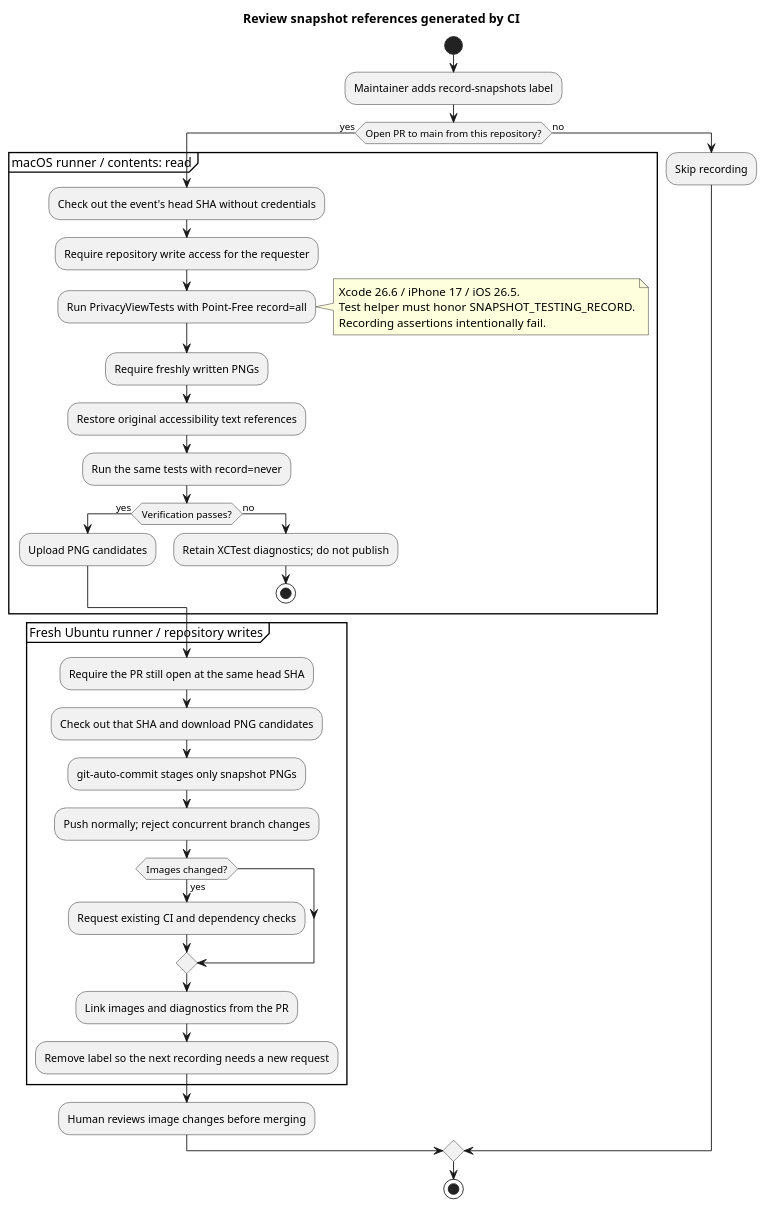
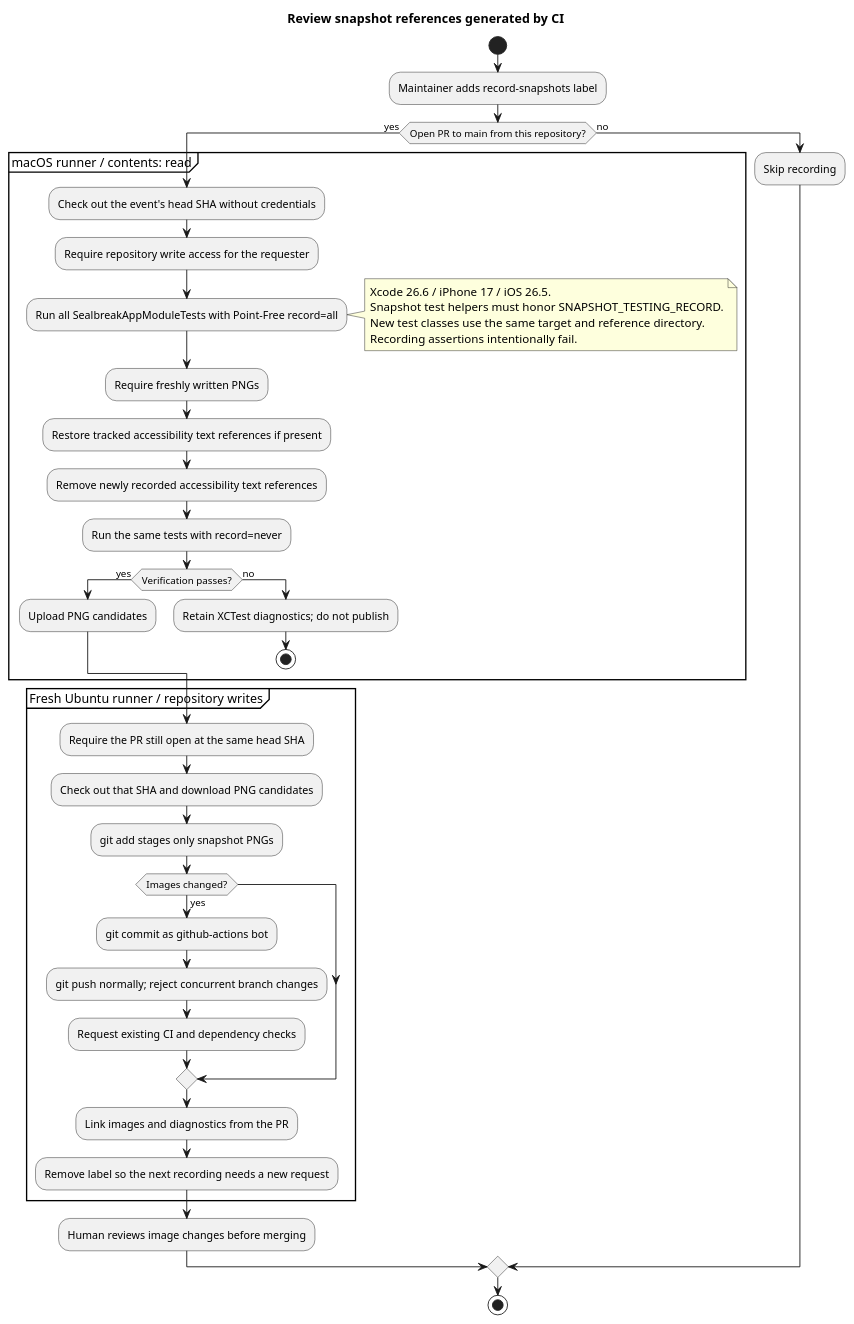
One commit to GeorgesAlkhouri/sealbreak changed the diagram in docs/snapshot-recording.puml. Above: the diagram before and after it, drawn with PlantUML. The commit also changed 2 other files, not shown here.

Commit message:
ci: generalize snapshot recording and use standard Git

```diff
--- a/docs/snapshot-recording.puml
+++ b/docs/snapshot-recording.puml
@@ -1,41 +1,44 @@
 @startuml
 title Review snapshot references generated by CI
 start
 :Maintainer adds record-snapshots label;
 if (Open PR to main from this repository?) then (yes)
   partition "macOS runner / contents: read" {
     :Check out the event's head SHA without credentials;
     :Require repository write access for the requester;
-    :Run PrivacyViewTests with Point-Free record=all;
+    :Run all SealbreakAppModuleTests with Point-Free record=all;
     note right
       Xcode 26.6 / iPhone 17 / iOS 26.5.
-      Test helper must honor SNAPSHOT_TESTING_RECORD.
+      Snapshot test helpers must honor SNAPSHOT_TESTING_RECORD.
+      New test classes use the same target and reference directory.
       Recording assertions intentionally fail.
     end note
     :Require freshly written PNGs;
-    :Restore original accessibility text references;
+    :Restore tracked accessibility text references if present;
+    :Remove newly recorded accessibility text references;
     :Run the same tests with record=never;
     if (Verification passes?) then (yes)
       :Upload PNG candidates;
     else (no)
       :Retain XCTest diagnostics; do not publish;
       stop
     endif
   }
   partition "Fresh Ubuntu runner / repository writes" {
     :Require the PR still open at the same head SHA;
     :Check out that SHA and download PNG candidates;
-    :git-auto-commit stages only snapshot PNGs;
-    :Push normally; reject concurrent branch changes;
+    :git add stages only snapshot PNGs;
     if (Images changed?) then (yes)
+      :git commit as github-actions bot;
+      :git push normally; reject concurrent branch changes;
       :Request existing CI and dependency checks;
     endif
     :Link images and diagnostics from the PR;
     :Remove label so the next recording needs a new request;
   }
   :Human reviews image changes before merging;
 else (no)
   :Skip recording;
 endif
 stop
 @enduml
```
